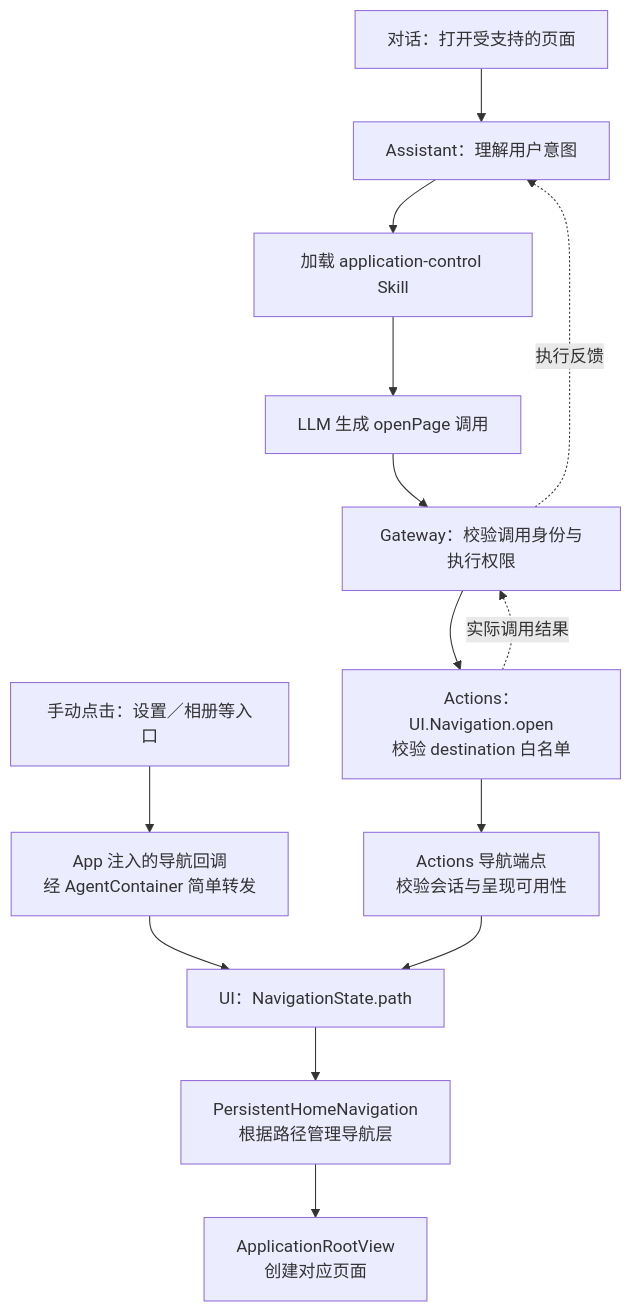
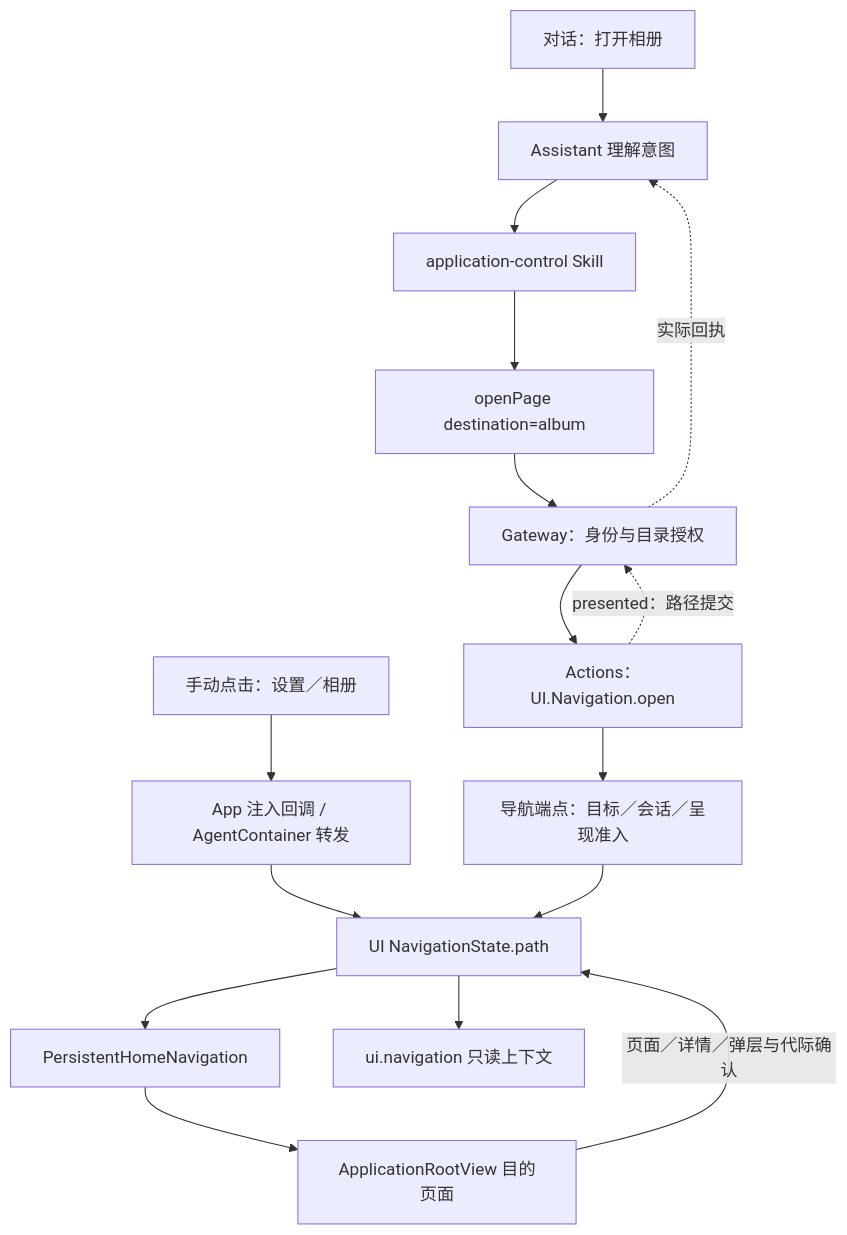
The eighth of 23 diagrams in MobileHarness/README.md (devilyouwei/MobileHarness), drawn with Mermaid before and after one commit. The commit also changed other lines of this file and 13 other files, not shown here.

Commit message:
chore: checkpoint prompt regressions and restore architecture documentation

````diff
--- a/MobileHarness/README.md
+++ b/MobileHarness/README.md
@@ -92,23 +337,16 @@
 ```mermaid
 flowchart TD
-    Touch["手动点击：设置／相册等入口"]
-    Speech["对话：打开受支持的页面"]
-
-    Speech --> Assistant["Assistant：理解用户意图"]
-    Assistant --> Skill["加载 application-control Skill"]
-    Skill --> LLM["LLM 生成 openPage 调用"]
-    LLM --> Gateway["Gateway：校验调用身份与执行权限"]
-    Gateway --> Action["Actions：UI.Navigation.open<br/>校验 destination 白名单"]
-    Action --> Endpoint["Actions 导航端点<br/>校验会话与呈现可用性"]
-
-    Touch --> Forward["App 注入的导航回调<br/>经 AgentContainer 简单转发"]
-
-    Forward --> State["UI：NavigationState.path"]
+    Touch["手动点击：设置／相册"] --> Forward["App 注入回调 / AgentContainer 转发"]
+    Speech["对话：打开相册"] --> Assistant["Assistant 理解意图"]
+    Assistant --> Skill["application-control Skill"] --> LLM["openPage destination=album"]
+    LLM --> Gate["Gateway：身份与目录授权"]
+    Gate --> Action["Actions：UI.Navigation.open"]
+    Action --> Endpoint["导航端点：目标／会话／呈现准入"]
+    Forward --> State["UI NavigationState.path"]
     Endpoint --> State
-
-    State --> Host["PersistentHomeNavigation<br/>根据路径管理导航层"]
-    Host --> View["ApplicationRootView<br/>创建对应页面"]
-
-    Action -.实际调用结果.-> Gateway
-    Gateway -.执行反馈.-> Assistant
+    State --> Host["PersistentHomeNavigation"] --> View["ApplicationRootView 目的页面"]
+    View -->|"页面／详情／弹层与代际确认"| State
+    State --> Context["ui.navigation 只读上下文"]
+    Action -.->|"presented：路径提交"| Gate
+    Gate -.->|"实际回执"| Assistant
 ```
````
